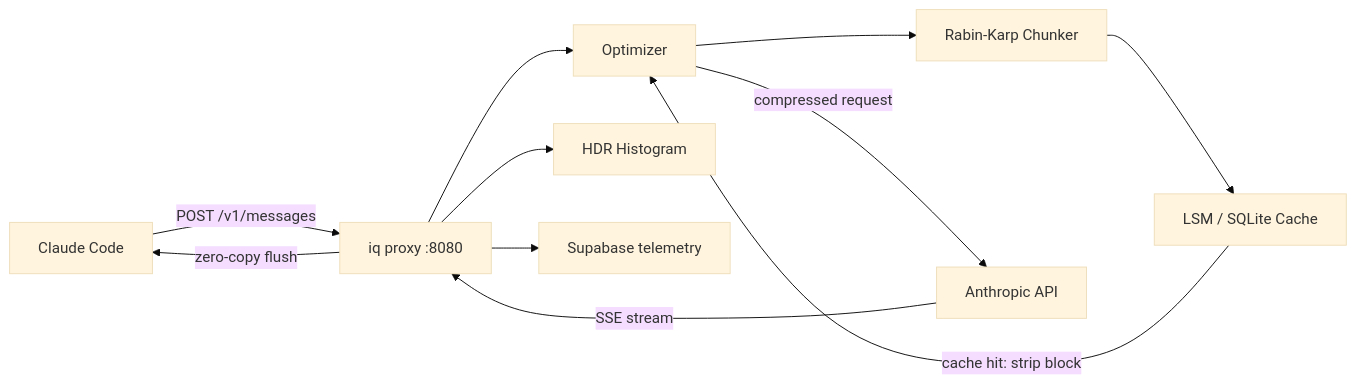
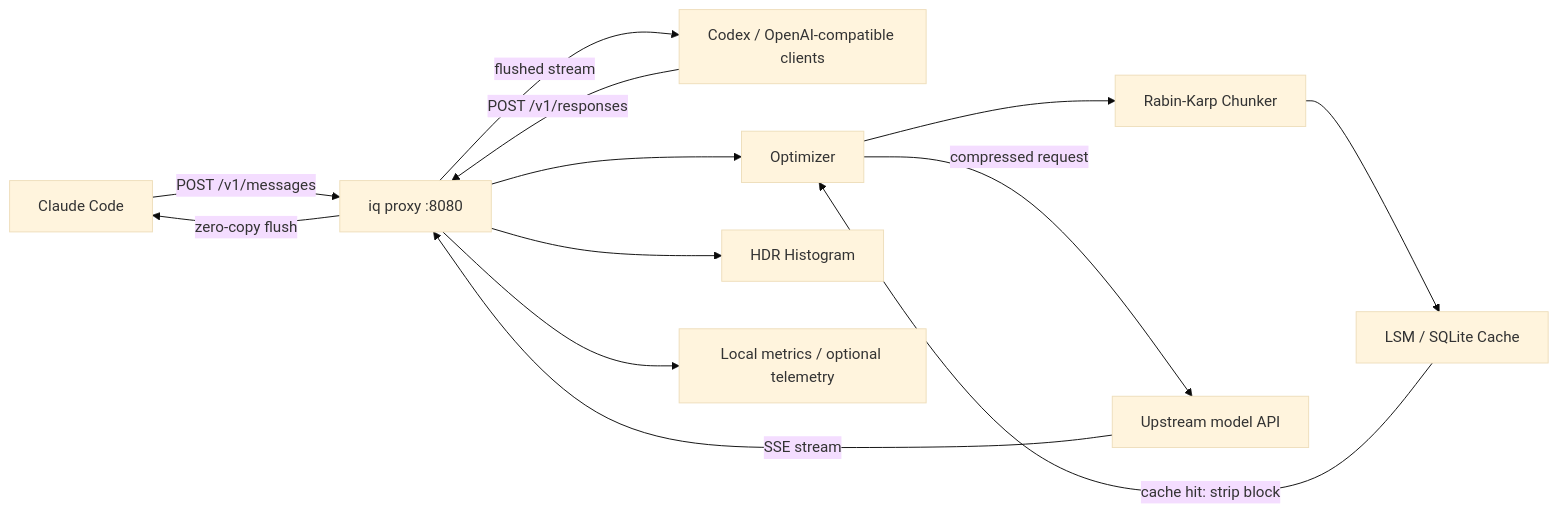
Before and after one commit to Revanth14/indexqube: the diagram in README.md, drawn with Mermaid (base theme). The commit also changed other lines of this file and 61 other files, not shown here.

````diff
--- a/README.md
+++ b/README.md
@@ -9,13 +9,15 @@
 ```mermaid
 graph LR
     A[Claude Code] -->|POST /v1/messages| B[iq proxy :8080]
+    O[Codex / OpenAI-compatible clients] -->|POST /v1/responses| B
     B --> C[Optimizer]
     C --> D[Rabin-Karp Chunker]
     D --> E[LSM / SQLite Cache]
     E -->|cache hit: strip block| C
-    C -->|compressed request| F[Anthropic API]
+    C -->|compressed request| F[Upstream model API]
     F -->|SSE stream| B
     B -->|zero-copy flush| A
+    B -->|flushed stream| O
     B --> G[HDR Histogram]
-    B --> H[Supabase telemetry]
+    B --> H[Local metrics / optional telemetry]
 ```
````
